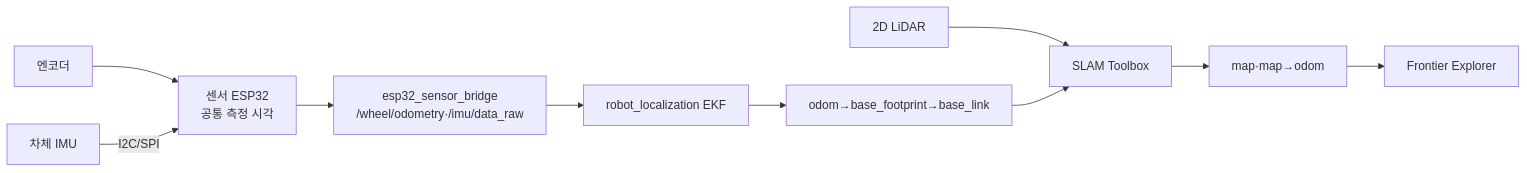
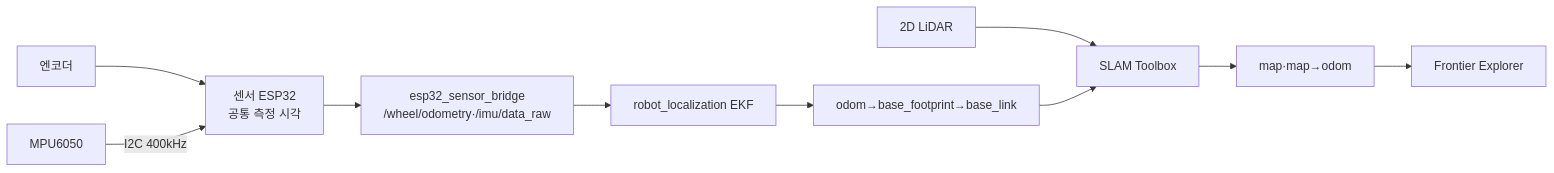
The second of 4 diagrams in docs/04-자율주행.md (Common-AIOT/Sentinel-UGV), drawn with Mermaid before and after one commit. The commit also changed other lines of this file and 36 other files, not shown here.

````diff
--- a/docs/04-자율주행.md
+++ b/docs/04-자율주행.md
@@ -512,12 +506,12 @@
 ```mermaid
 flowchart LR
     encoder["엔코더"] --> esp32["센서 ESP32<br/>공통 측정 시각"]
-    imu["차체 IMU"] -->|"I2C/SPI"| esp32
+    imu["MPU6050"] -->|"I2C 400kHz"| esp32
     esp32 --> bridge["esp32_sensor_bridge<br/>/wheel/odometry·/imu/data_raw"]
     bridge --> ekf["robot_localization EKF"]
     ekf --> odom["odom→base_footprint→base_link"]
     lidar["2D LiDAR"] --> slam["SLAM Toolbox"]
     odom --> slam
     slam --> map["map·map→odom"]
     map --> frontier["Frontier Explorer"]
 ```
````
